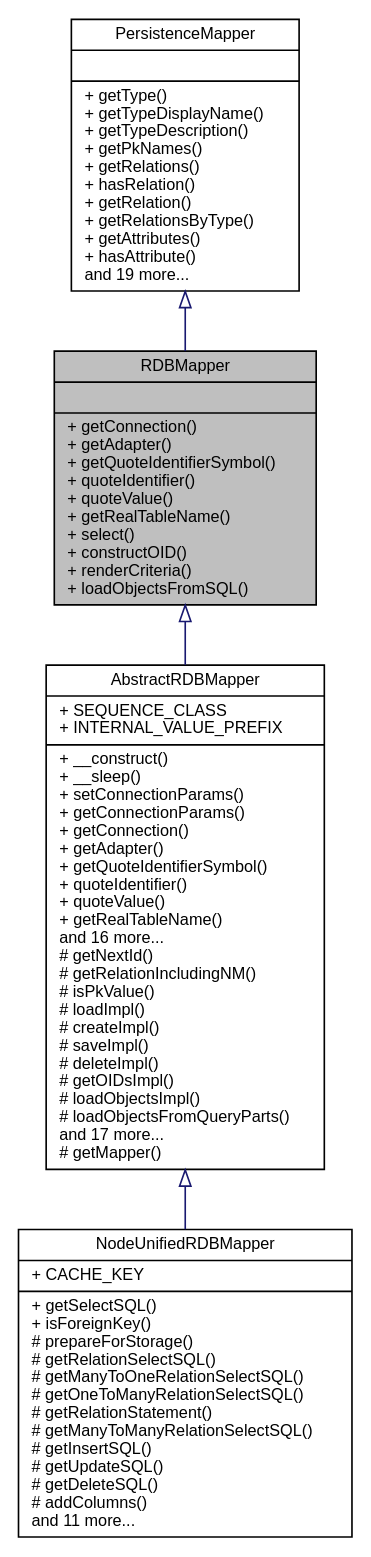
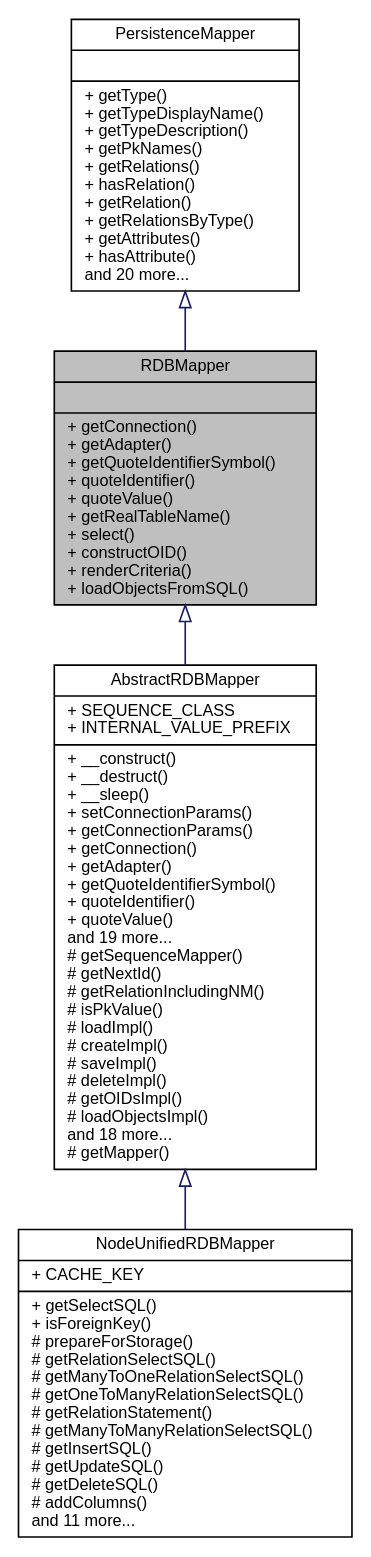
One commit to eherwig/wcmf changed the diagram in interfacewcmf_1_1lib_1_1model_1_1mapper_1_1_r_d_b_mapper__inherit__graph.dot. Above: the diagram before and after it, drawn with Graphviz. The commit also changed 1044 other files, not shown here.

```diff
--- a/interfacewcmf_1_1lib_1_1model_1_1mapper_1_1_r_d_b_mapper__inherit__graph.dot
+++ b/interfacewcmf_1_1lib_1_1model_1_1mapper_1_1_r_d_b_mapper__inherit__graph.dot
@@ -1,12 +1,12 @@
 digraph "RDBMapper"
 {
   edge [fontname="Helvetica",fontsize="10",labelfontname="Helvetica",labelfontsize="10"];
   node [fontname="Helvetica",fontsize="10",shape=record];
   Node0 [label="{RDBMapper\n||+ getConnection()\l+ getAdapter()\l+ getQuoteIdentifierSymbol()\l+ quoteIdentifier()\l+ quoteValue()\l+ getRealTableName()\l+ select()\l+ constructOID()\l+ renderCriteria()\l+ loadObjectsFromSQL()\l}",height=0.2,width=0.4,color="black", fillcolor="grey75", style="filled", fontcolor="black"];
   Node1 -> Node0 [dir="back",color="midnightblue",fontsize="10",style="solid",arrowtail="onormal",fontname="Helvetica"];
-  Node1 [label="{PersistenceMapper\n||+ getType()\l+ getTypeDisplayName()\l+ getTypeDescription()\l+ getPkNames()\l+ getRelations()\l+ hasRelation()\l+ getRelation()\l+ getRelationsByType()\l+ getAttributes()\l+ hasAttribute()\land 19 more...\l}",height=0.2,width=0.4,color="black", fillcolor="white", style="filled",URL="$interfacewcmf_1_1lib_1_1persistence_1_1_persistence_mapper.html",tooltip="PersistenceMapper defines the interface for all mapper classes. "];
+  Node1 [label="{PersistenceMapper\n||+ getType()\l+ getTypeDisplayName()\l+ getTypeDescription()\l+ getPkNames()\l+ getRelations()\l+ hasRelation()\l+ getRelation()\l+ getRelationsByType()\l+ getAttributes()\l+ hasAttribute()\land 20 more...\l}",height=0.2,width=0.4,color="black", fillcolor="white", style="filled",URL="$interfacewcmf_1_1lib_1_1persistence_1_1_persistence_mapper.html",tooltip="PersistenceMapper defines the interface for all mapper classes. "];
   Node0 -> Node2 [dir="back",color="midnightblue",fontsize="10",style="solid",arrowtail="onormal",fontname="Helvetica"];
-  Node2 [label="{AbstractRDBMapper\n|+ SEQUENCE_CLASS\l+ INTERNAL_VALUE_PREFIX\l|+ __construct()\l+ __sleep()\l+ setConnectionParams()\l+ getConnectionParams()\l+ getConnection()\l+ getAdapter()\l+ getQuoteIdentifierSymbol()\l+ quoteIdentifier()\l+ quoteValue()\l+ getRealTableName()\land 16 more...\l# getNextId()\l# getRelationIncludingNM()\l# isPkValue()\l# loadImpl()\l# createImpl()\l# saveImpl()\l# deleteImpl()\l# getOIDsImpl()\l# loadObjectsImpl()\l# loadObjectsFromQueryParts()\land 17 more...\l# getMapper()\l}",height=0.2,width=0.4,color="black", fillcolor="white", style="filled",URL="$classwcmf_1_1lib_1_1model_1_1mapper_1_1impl_1_1_abstract_r_d_b_mapper.html",tooltip="AbstractRDBMapper maps objects of one type to a relational database schema. "];
+  Node2 [label="{AbstractRDBMapper\n|+ SEQUENCE_CLASS\l+ INTERNAL_VALUE_PREFIX\l|+ __construct()\l+ __destruct()\l+ __sleep()\l+ setConnectionParams()\l+ getConnectionParams()\l+ getConnection()\l+ getAdapter()\l+ getQuoteIdentifierSymbol()\l+ quoteIdentifier()\l+ quoteValue()\land 19 more...\l# getSequenceMapper()\l# getNextId()\l# getRelationIncludingNM()\l# isPkValue()\l# loadImpl()\l# createImpl()\l# saveImpl()\l# deleteImpl()\l# getOIDsImpl()\l# loadObjectsImpl()\land 18 more...\l# getMapper()\l}",height=0.2,width=0.4,color="black", fillcolor="white", style="filled",URL="$classwcmf_1_1lib_1_1model_1_1mapper_1_1impl_1_1_abstract_r_d_b_mapper.html",tooltip="AbstractRDBMapper maps objects of one type to a relational database schema. "];
   Node2 -> Node3 [dir="back",color="midnightblue",fontsize="10",style="solid",arrowtail="onormal",fontname="Helvetica"];
   Node3 [label="{NodeUnifiedRDBMapper\n|+ CACHE_KEY\l|+ getSelectSQL()\l+ isForeignKey()\l# prepareForStorage()\l# getRelationSelectSQL()\l# getManyToOneRelationSelectSQL()\l# getOneToManyRelationSelectSQL()\l# getRelationStatement()\l# getManyToManyRelationSelectSQL()\l# getInsertSQL()\l# getUpdateSQL()\l# getDeleteSQL()\l# addColumns()\land 11 more...\l}",height=0.2,width=0.4,color="black", fillcolor="white", style="filled",URL="$classwcmf_1_1lib_1_1model_1_1mapper_1_1impl_1_1_node_unified_r_d_b_mapper.html",tooltip="NodeUnifiedRDBMapper maps Node objects to a relational database schema where each Node type has its o..."];
 }
```
